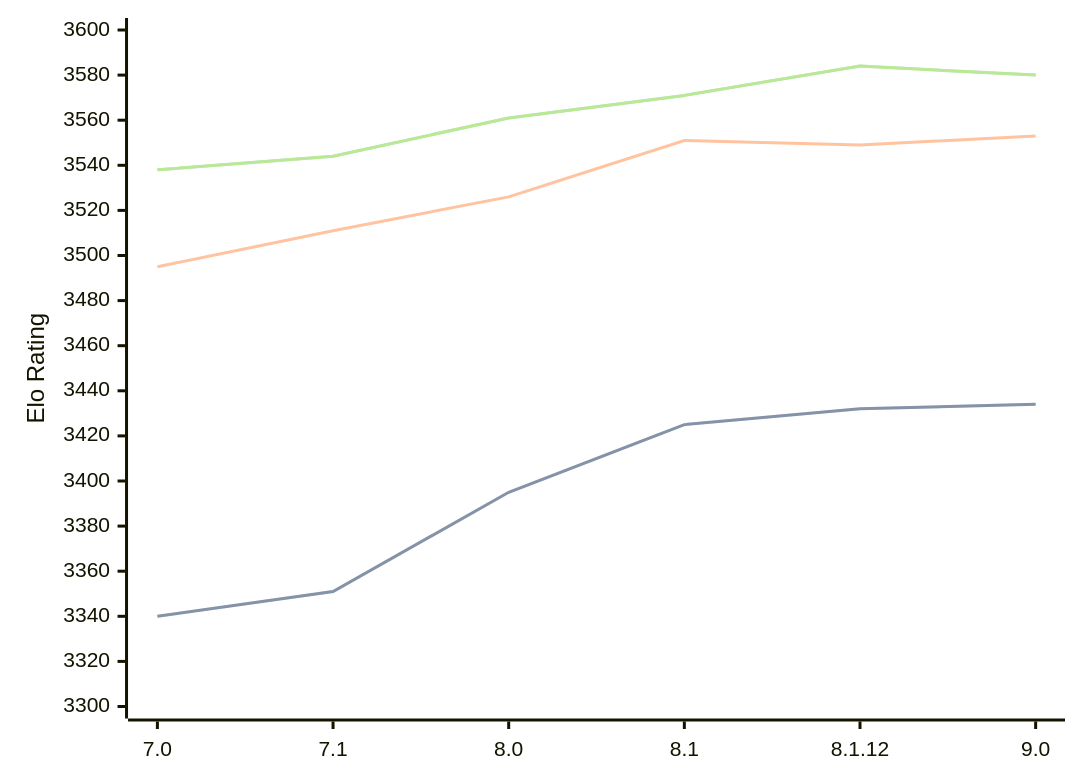
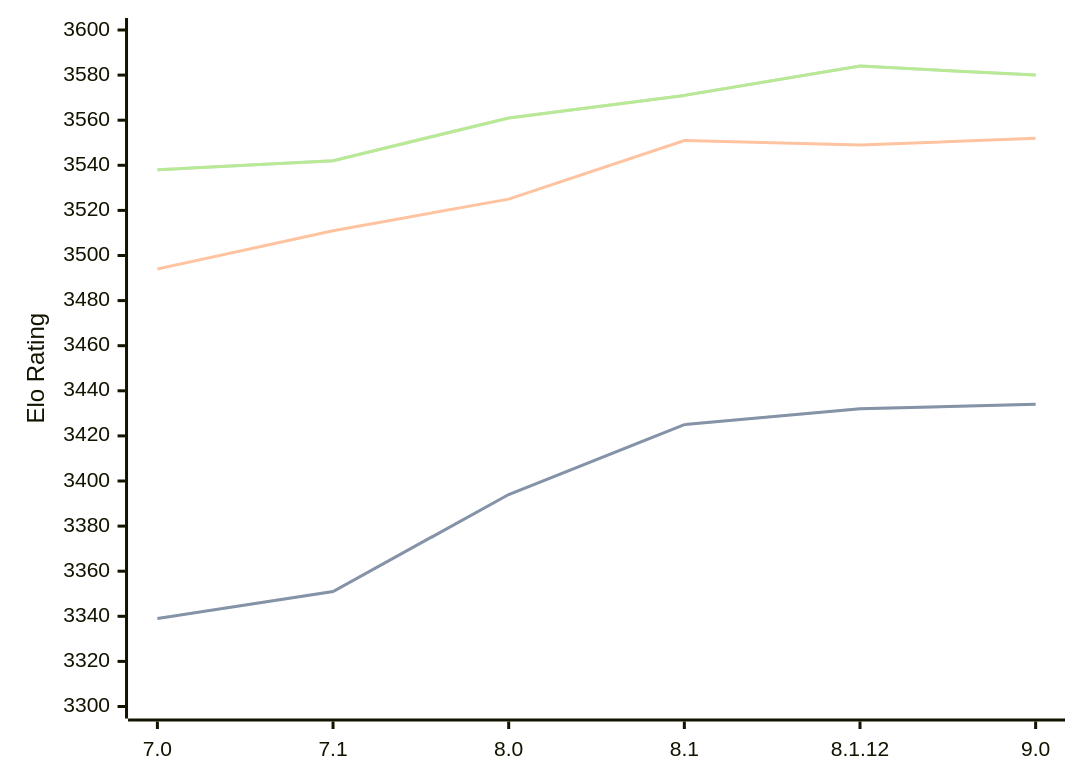
Before and after one commit to computer-chess-index/cci: the diagram in engines/Alexandria.md, drawn with Mermaid. The commit also changed other lines of this file, not shown here.

Commit message:
Update CCI Ratings (ELO VLTC) - 2026-09-11

````diff
--- a/engines/Alexandria.md
+++ b/engines/Alexandria.md
@@ -36,11 +36,11 @@
 ```mermaid
 %%{init: {"theme":"base","themeVariables":{"seriesColors:['#a3a3a3','#222221','#faa371']}}}%%
 xychart-beta
   x-axis ["7.0", "7.1", "8.0", "8.1", "8.1.12", "9.0"]
   y-axis "Elo Rating" 3300 --> 3600
-  line "" [3340, 3351, 3395, 3425, 3432, 3434]
-  line "STC (8.0+0.08s)" [3340, 3351, 3395, 3425, 3432, 3434]
-  line "LTC (60.0+0.60s)" [3495, 3511, 3526, 3551, 3549, 3553]
-  line "" [3538, 3544, 3561, 3571, 3584, 3580]
-  line "VLTC (2m24s+1.12s)" [3538, 3544, 3561, 3571, 3584, 3580]
+  line "" [3339, 3351, 3394, 3425, 3432, 3434]
+  line "STC (8.0+0.08s)" [3339, 3351, 3394, 3425, 3432, 3434]
+  line "LTC (60.0+0.60s)" [3494, 3511, 3525, 3551, 3549, 3552]
+  line "" [3538, 3542, 3561, 3571, 3584, 3580]
+  line "VLTC (2m24s+1.12s)" [3538, 3542, 3561, 3571, 3584, 3580]
 ```
````
